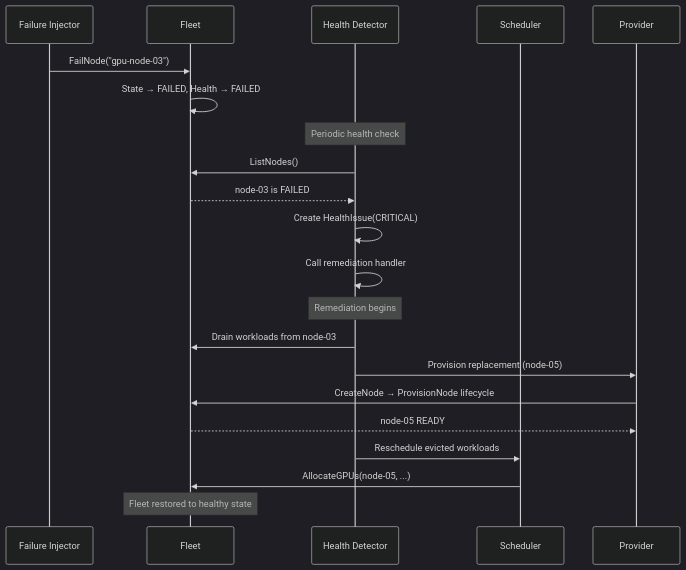
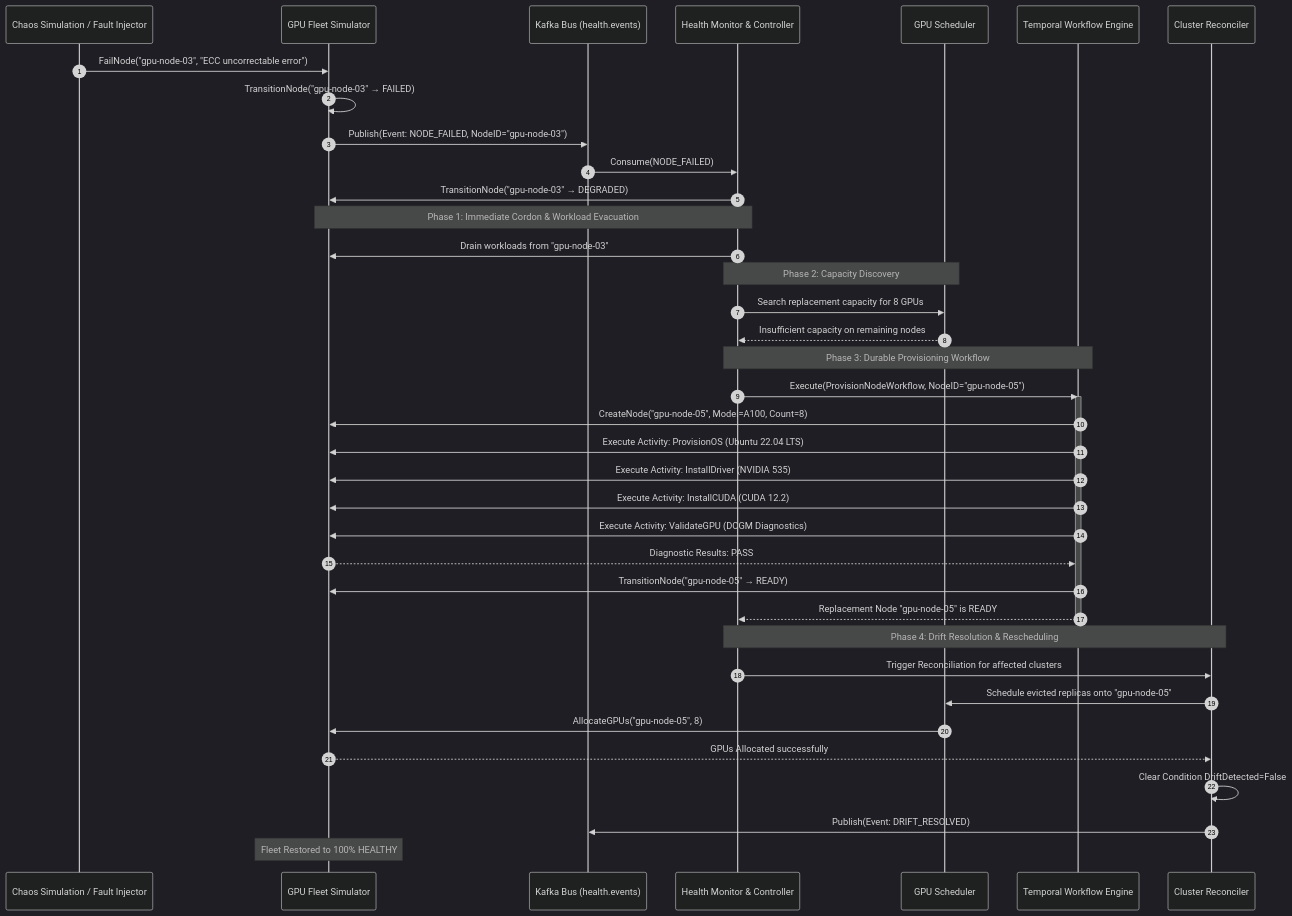
Before and after one commit to sailesh3010/GPUFlow: the first of 2 diagrams in docs/failure-recovery.md, drawn with Mermaid (dark theme). The commit also changed other lines of this file and 3 other files, not shown here.

Commit message:
docs: add comprehensive architectural and sequence diagrams

````diff
--- a/docs/failure-recovery.md
+++ b/docs/failure-recovery.md
@@ -15,28 +23,47 @@
 ```mermaid
 sequenceDiagram
-    participant Injector as Failure Injector
-    participant Fleet
-    participant Detector as Health Detector
-    participant Scheduler
-    participant Provider
+    autonumber
+    participant Chaos as Chaos Simulation / Fault Injector
+    participant Fleet as GPU Fleet Simulator
+    participant Kafka as Kafka Bus (health.events)
+    participant Detector as Health Monitor & Controller
+    participant Sched as GPU Scheduler
+    participant Temporal as Temporal Workflow Engine
+    participant Reconciler as Cluster Reconciler
 
-    Injector->>Fleet: FailNode("gpu-node-03")
-    Fleet->>Fleet: State → FAILED, Health → FAILED
-    
-    Note over Detector: Periodic health check
-    Detector->>Fleet: ListNodes()
-    Fleet-->>Detector: node-03 is FAILED
-    Detector->>Detector: Create HealthIssue(CRITICAL)
-    Detector->>Detector: Call remediation handler
-    
-    Note over Detector: Remediation begins
-    Detector->>Fleet: Drain workloads from node-03
-    Detector->>Provider: Provision replacement (node-05)
-    Provider->>Fleet: CreateNode → ProvisionNode lifecycle
-    Fleet-->>Provider: node-05 READY
-    
-    Detector->>Scheduler: Reschedule evicted workloads
-    Scheduler->>Fleet: AllocateGPUs(node-05, ...)
-    
-    Note over Fleet: Fleet restored to healthy state
+    Chaos->>Fleet: FailNode("gpu-node-03", "ECC uncorrectable error")
+    Fleet->>Fleet: TransitionNode("gpu-node-03" → FAILED)
+    Fleet->>Kafka: Publish(Event: NODE_FAILED, NodeID="gpu-node-03")
+
+    Kafka->>Detector: Consume(NODE_FAILED)
+    Detector->>Fleet: TransitionNode("gpu-node-03" → DEGRADED)
+    Note over Detector,Fleet: Phase 1: Immediate Cordon & Workload Evacuation
+    Detector->>Fleet: Drain workloads from "gpu-node-03"
+
+    Note over Detector,Sched: Phase 2: Capacity Discovery
+    Detector->>Sched: Search replacement capacity for 8 GPUs
+    Sched-->>Detector: Insufficient capacity on remaining nodes
+
+    Note over Detector,Temporal: Phase 3: Durable Provisioning Workflow
+    Detector->>Temporal: Execute(ProvisionNodeWorkflow, NodeID="gpu-node-05")
+    activate Temporal
+    Temporal->>Fleet: CreateNode("gpu-node-05", Model=A100, Count=8)
+    Temporal->>Fleet: Execute Activity: ProvisionOS (Ubuntu 22.04 LTS)
+    Temporal->>Fleet: Execute Activity: InstallDriver (NVIDIA 535)
+    Temporal->>Fleet: Execute Activity: InstallCUDA (CUDA 12.2)
+    Temporal->>Fleet: Execute Activity: ValidateGPU (DCGM Diagnostics)
+    Fleet-->>Temporal: Diagnostic Results: PASS
+    Temporal->>Fleet: TransitionNode("gpu-node-05" → READY)
+    Temporal-->>Detector: Replacement Node "gpu-node-05" is READY
+    deactivate Temporal
+
+    Note over Detector,Reconciler: Phase 4: Drift Resolution & Rescheduling
+    Detector->>Reconciler: Trigger Reconciliation for affected clusters
+    Reconciler->>Sched: Schedule evicted replicas onto "gpu-node-05"
+    Sched->>Fleet: AllocateGPUs("gpu-node-05", 8)
+    Fleet-->>Reconciler: GPUs Allocated successfully
+
+    Reconciler->>Reconciler: Clear Condition DriftDetected=False
+    Reconciler->>Kafka: Publish(Event: DRIFT_RESOLVED)
+    Note over Fleet: Fleet Restored to 100% HEALTHY
 ```
````
